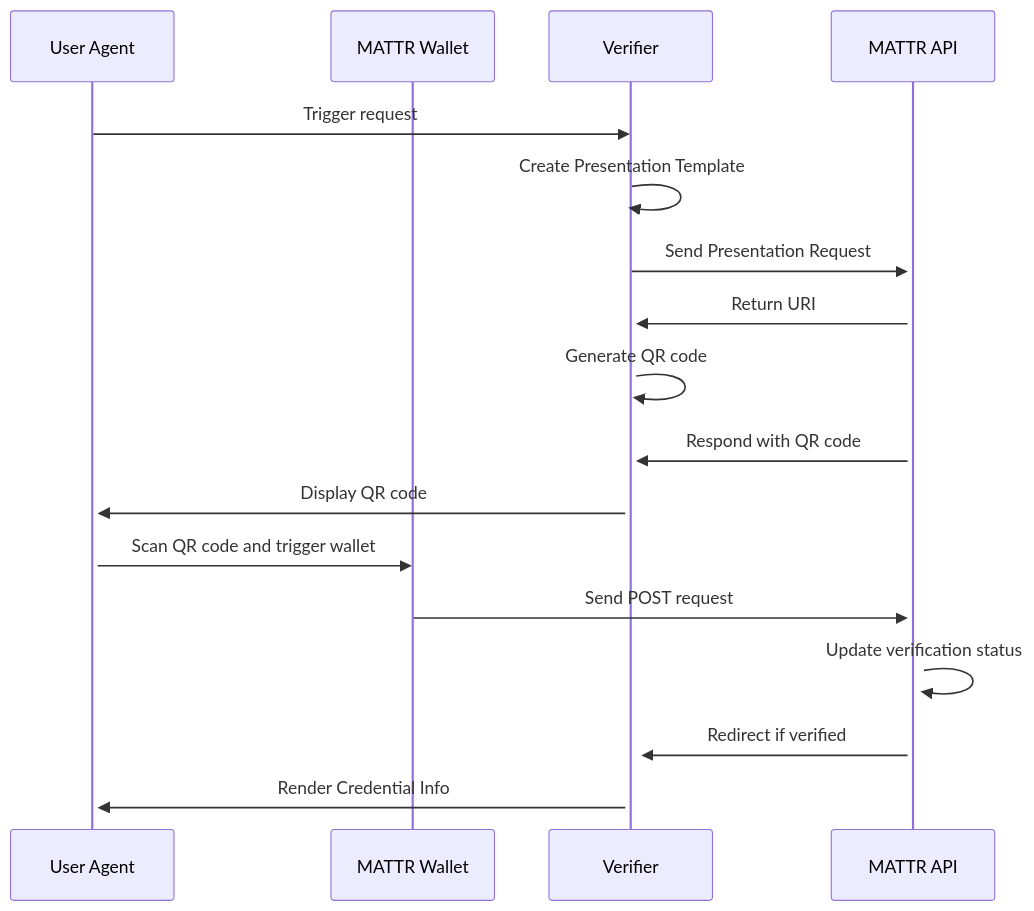
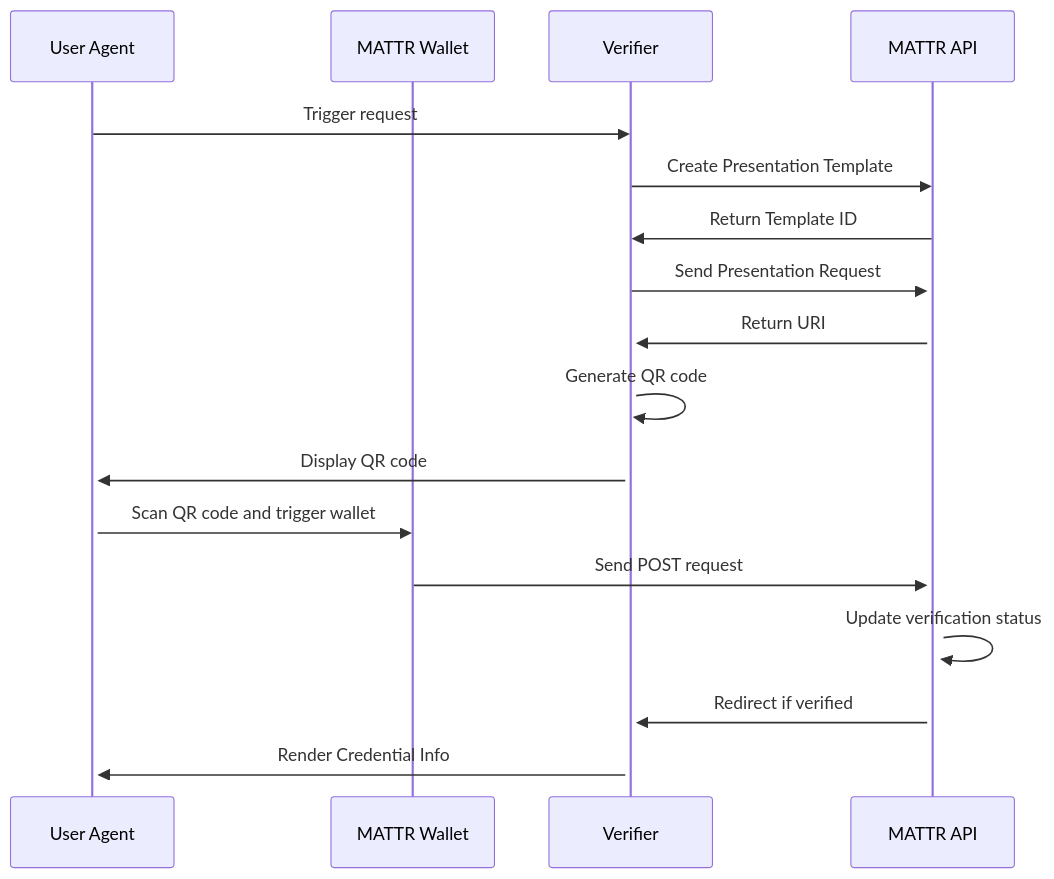
The diagram in README.md (felleslosninger/dc24-wallet-verifier), drawn with Mermaid before and after one commit.

````diff
--- a/README.md
+++ b/README.md
@@ -33,23 +33,23 @@
 ```mermaid
 sequenceDiagram    
     participant UA as User Agent
     participant W as MATTR Wallet
     participant VE as Verifier
     participant V as MATTR API
 
     UA->>VE: Trigger request 
 
-    VE->>VE: Create Presentation Template
+    VE->>V: Create Presentation Template
+    V->>VE: Return Template ID
     VE->>+V: Send Presentation Request
     V->>+VE: Return URI
     VE->>VE: Generate QR code
-    V->>+VE: Respond with QR code
 
     VE->>+UA: Display QR code
     UA->>W: Scan QR code and trigger wallet
 
     W->>+V: Send POST request
     V->>V: Update verification status
     V->>VE: Redirect if verified
     VE->>UA: Render Credential Info 
 ```
````
